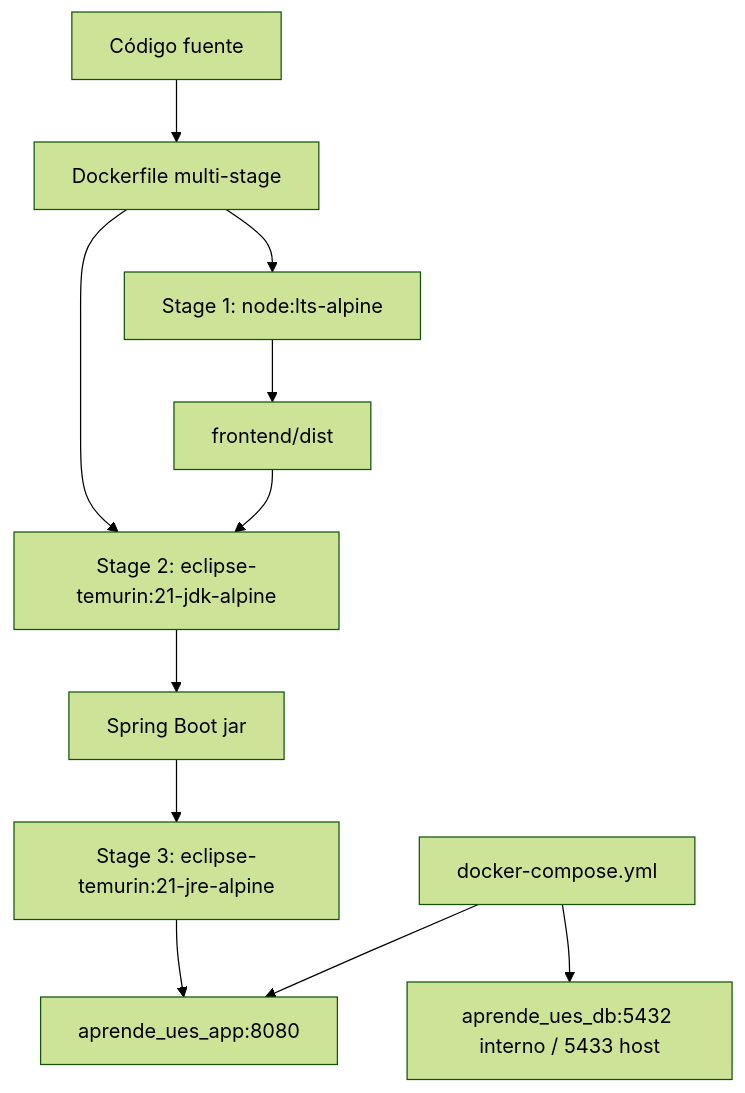
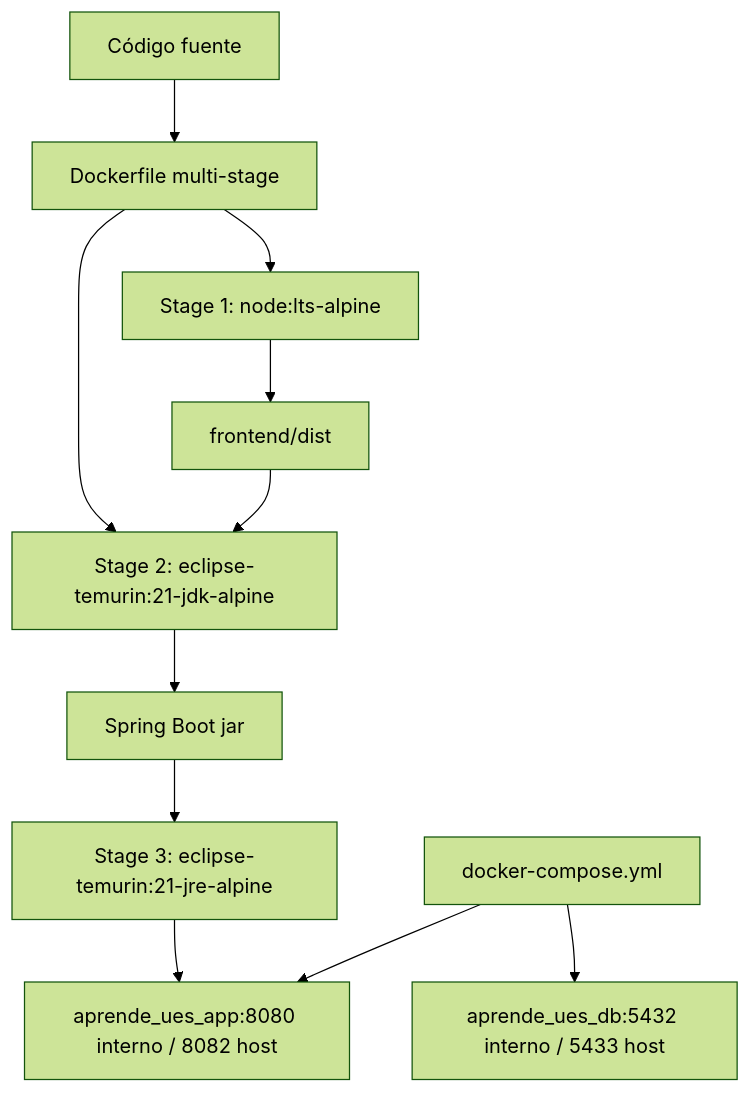
One commit to LN13002/DAW-Plataforma-Educativa-Grupo9 changed the sixth of 6 diagrams in README.md. Above: the diagram before and after it, drawn with Mermaid (forest theme). The commit also changed other lines of this file and 3 other files, not shown here.

````diff
--- a/README.md
+++ b/README.md
@@ -353,16 +353,16 @@
 ```mermaid
 flowchart TB
   Source["Código fuente"] --> Dockerfile["Dockerfile multi-stage"]
 
   Dockerfile --> FrontBuild["Stage 1: node:lts-alpine"]
   FrontBuild --> Dist["frontend/dist"]
 
   Dockerfile --> BackBuild["Stage 2: eclipse-temurin:21-jdk-alpine"]
   Dist --> BackBuild
   BackBuild --> Jar["Spring Boot jar"]
 
   Jar --> Runtime["Stage 3: eclipse-temurin:21-jre-alpine"]
-  Runtime --> Container["aprende_ues_app:8080"]
+  Runtime --> Container["aprende_ues_app:8080 interno / 8082 host"]
   Compose["docker-compose.yml"] --> Container
   Compose --> DB["aprende_ues_db:5432 interno / 5433 host"]
 ```
````
